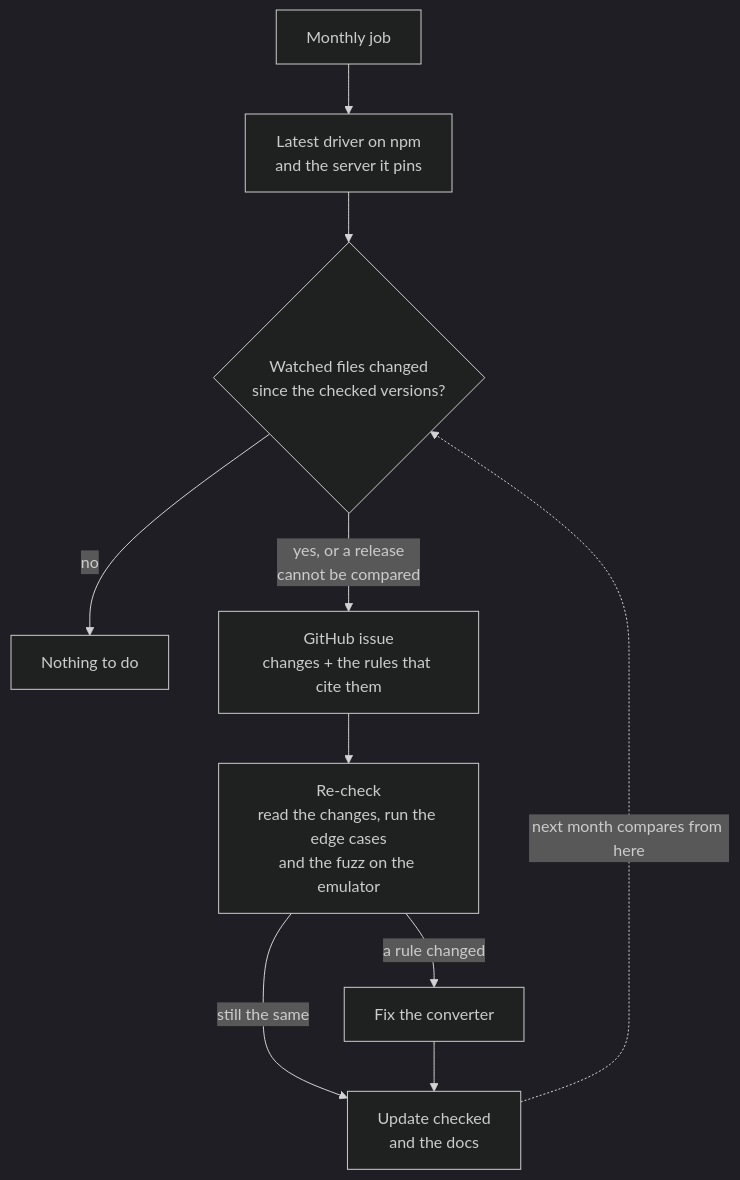
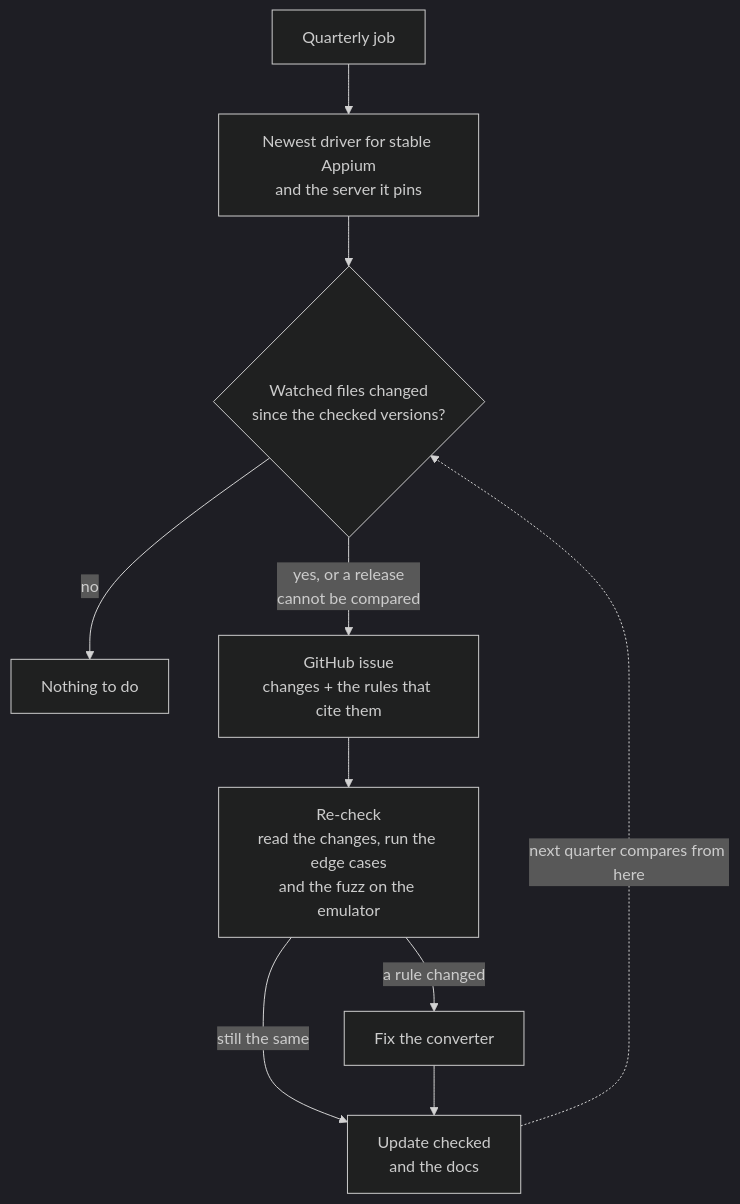
Before and after one commit to domovou69/xpath-to-uiselector: the third of 3 diagrams in docs/how-it-works.md, drawn with Mermaid (dark theme). The commit also changed other lines of this file and 9 other files, not shown here.

First line of the commit message:
upstream watch: compare the installable driver, run quarterly

````diff
--- a/docs/how-it-works.md
+++ b/docs/how-it-works.md
@@ -77,12 +78,12 @@
 ```mermaid
 flowchart TD
-  job["Monthly job"] --> latest["Latest driver on npm<br/>and the server it pins"]
+  job["Quarterly job"] --> latest["Newest driver for stable Appium<br/>and the server it pins"]
   latest --> cmp{"Watched files changed<br/>since the checked versions?"}
   cmp -->|no| idle["Nothing to do"]
   cmp -->|"yes, or a release<br/>cannot be compared"| issue["GitHub issue<br/>changes + the rules that cite them"]
   issue --> recheck["Re-check<br/>read the changes, run the edge cases<br/>and the fuzz on the emulator"]
   recheck -->|"a rule changed"| fix["Fix the converter"]
   recheck -->|"still the same"| update["Update checked<br/>and the docs"]
   fix --> update
-  update -.->|"next month compares from here"| cmp
+  update -.->|"next quarter compares from here"| cmp
 ```
````
